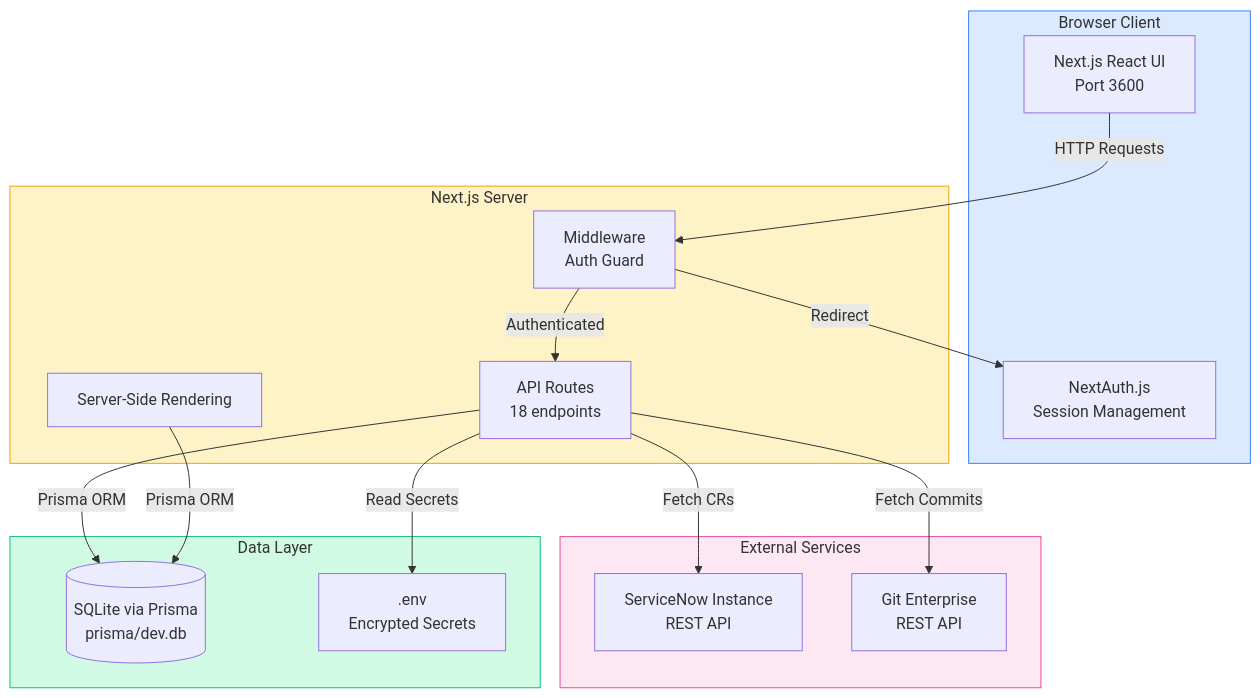
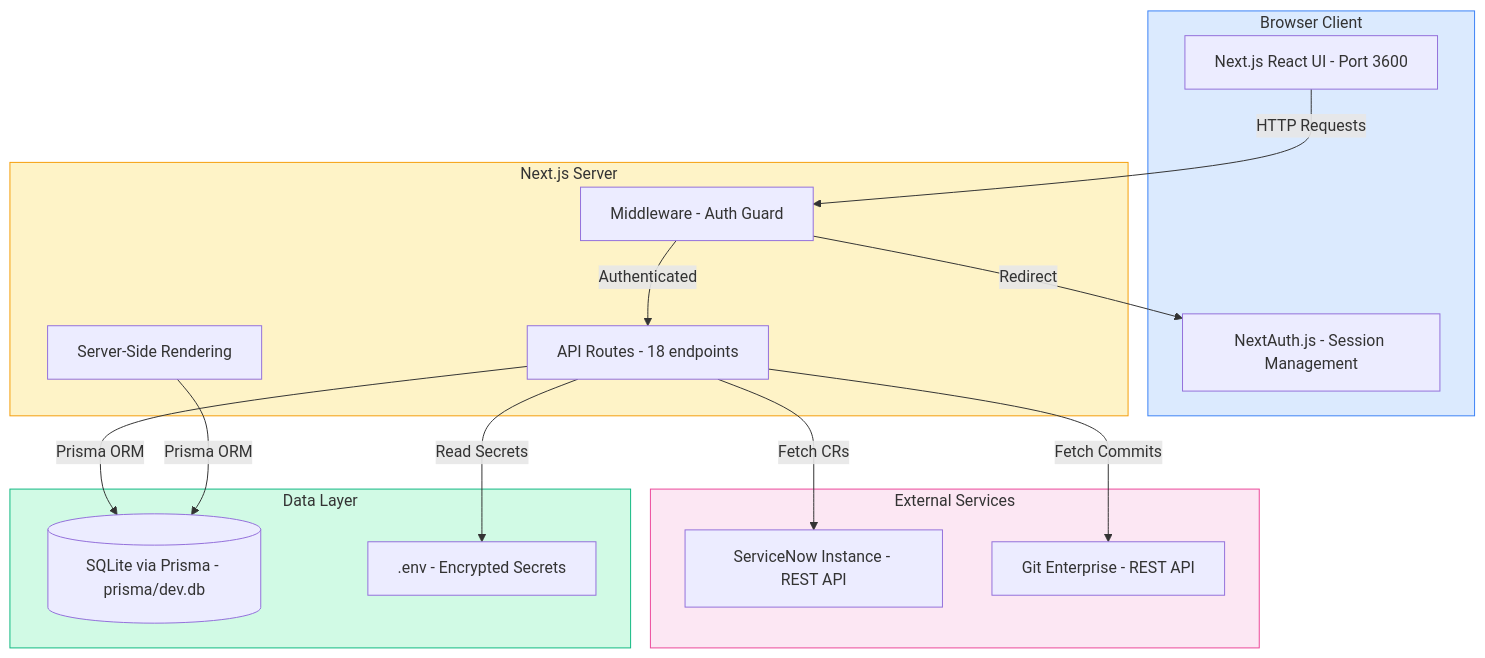
Before and after one commit to jj-shen99/changefabric: the diagram in docs/architecture/system-overview.md, drawn with Mermaid. The commit also changed 10 other files, not shown here.

First line of the commit message:
Fix Mermaid syntax errors, update all docs to v1.3.0

````diff
--- a/docs/architecture/system-overview.md
+++ b/docs/architecture/system-overview.md
@@ -5,37 +5,37 @@
 ```mermaid
 graph TB
     subgraph Client["Browser Client"]
-        UI[Next.js React UI<br/>Port 3600]
-        Auth[NextAuth.js<br/>Session Management]
+        UI[Next.js React UI - Port 3600]
+        Auth[NextAuth.js - Session Management]
     end
 
     subgraph Server["Next.js Server"]
-        MW[Middleware<br/>Auth Guard]
-        API[API Routes<br/>18 endpoints]
+        MW[Middleware - Auth Guard]
+        API[API Routes - 18 endpoints]
         SSR[Server-Side Rendering]
     end
 
     subgraph External["External Services"]
-        SNOW[ServiceNow Instance<br/>REST API]
-        GIT[Git Enterprise<br/>REST API]
+        SNOW[ServiceNow Instance - REST API]
+        GIT[Git Enterprise - REST API]
     end
 
     subgraph Storage["Data Layer"]
-        DB[(SQLite via Prisma<br/>prisma/dev.db)]
-        ENV[.env<br/>Encrypted Secrets]
+        DB[(SQLite via Prisma - prisma/dev.db)]
+        ENV[.env - Encrypted Secrets]
     end
 
     UI -->|HTTP Requests| MW
     MW -->|Authenticated| API
     MW -->|Redirect| Auth
     API -->|Prisma ORM| DB
     API -->|Fetch CRs| SNOW
     API -->|Fetch Commits| GIT
     API -->|Read Secrets| ENV
     SSR -->|Prisma ORM| DB
 
     style Client fill:#dbeafe,stroke:#3b82f6
     style Server fill:#fef3c7,stroke:#f59e0b
     style External fill:#fce7f3,stroke:#ec4899
     style Storage fill:#d1fae5,stroke:#10b981
 ```
````
